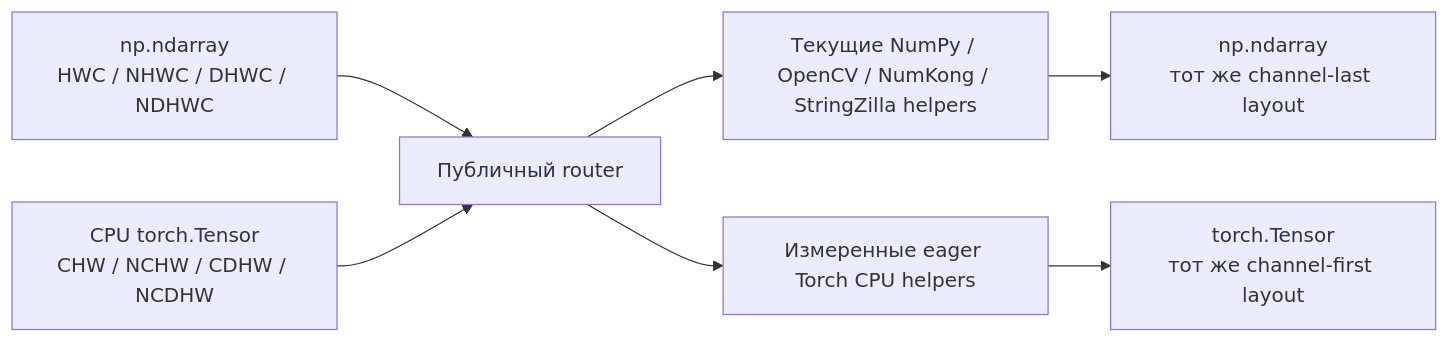
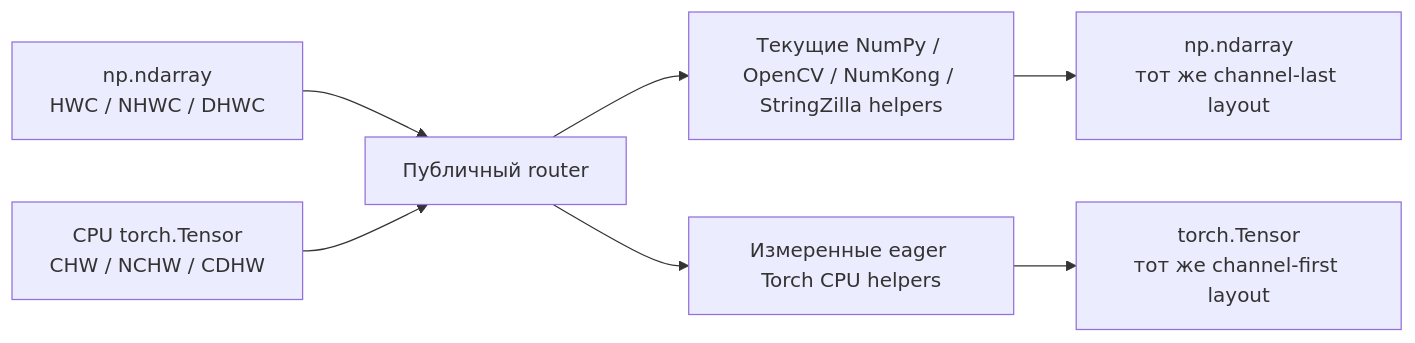
One commit to albumentations-team/albucore changed the diagram in docs/torch-tensor-migration-plan.md. Above: the diagram before and after it, drawn with Mermaid. The commit also changed other lines of this file and 72 other files, not shown here.

````diff
--- a/docs/torch-tensor-migration-plan.md
+++ b/docs/torch-tensor-migration-plan.md
@@ -27,9 +27,9 @@
 ```mermaid
 flowchart LR
-    N["np.ndarray<br/>HWC / NHWC / DHWC / NDHWC"] --> R["Публичный router"]
-    T["CPU torch.Tensor<br/>CHW / NCHW / CDHW / NCDHW"] --> R
+    N["np.ndarray<br/>HWC / NHWC / DHWC"] --> R["Публичный router"]
+    T["CPU torch.Tensor<br/>CHW / NCHW / CDHW"] --> R
     R --> NB["Текущие NumPy / OpenCV / NumKong / StringZilla helpers"]
     R --> TB["Измеренные eager Torch CPU helpers"]
     NB --> NO["np.ndarray<br/>тот же channel-last layout"]
     TB --> TO["torch.Tensor<br/>тот же channel-first layout"]
 ```
````
